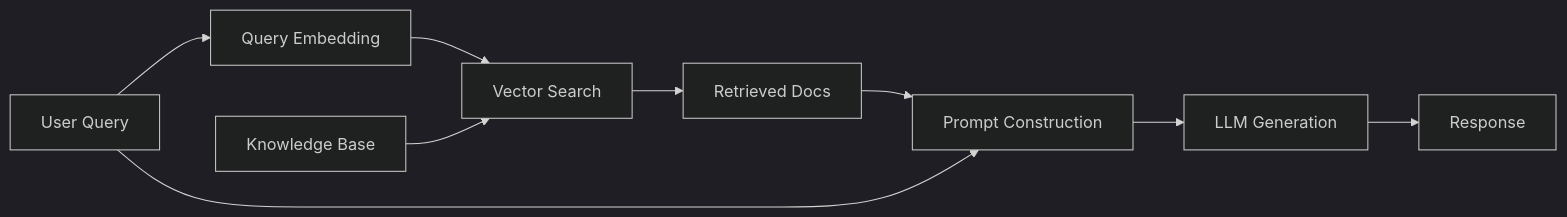
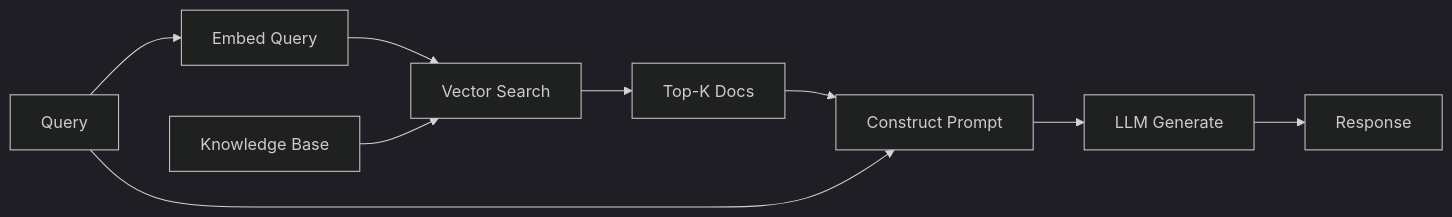
Before and after one commit to LCKYN/LCKYN-KnowledgeBase: the diagram in 10-19 Intelligence_Modeling/11_LLM_Dev/11.12 RAG.md, drawn with Mermaid (dark theme). The commit also changed other lines of this file and 17 other files, not shown here.

````diff
--- a/10-19 Intelligence_Modeling/11_LLM_Dev/11.12 RAG.md
+++ b/10-19 Intelligence_Modeling/11_LLM_Dev/11.12 RAG.md
@@ -13,11 +13,11 @@
 ```mermaid
 graph LR
-    A[User Query] --> B[Query Embedding]
+    A[Query] --> B[Embed Query]
     B --> C[Vector Search]
     D[Knowledge Base] --> C
-    C --> E[Retrieved Docs]
-    E --> F[Prompt Construction]
+    C --> E[Top-K Docs]
+    E --> F[Construct Prompt]
     A --> F
-    F --> G[LLM Generation]
+    F --> G[LLM Generate]
     G --> H[Response]
 ```
````
